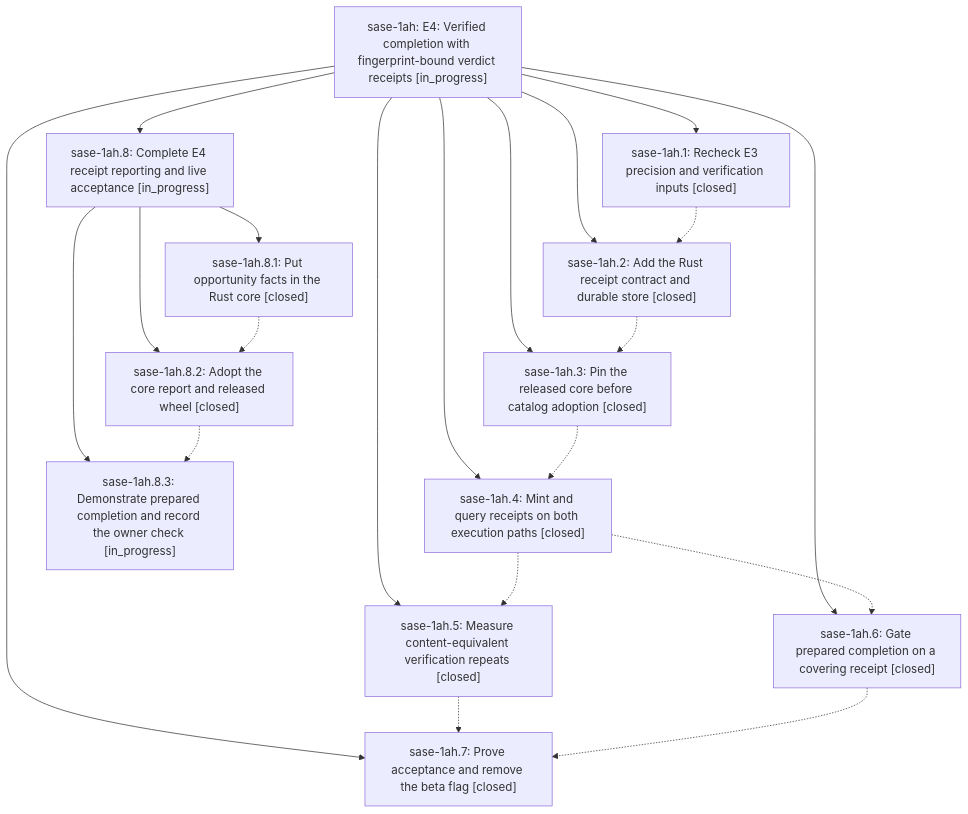
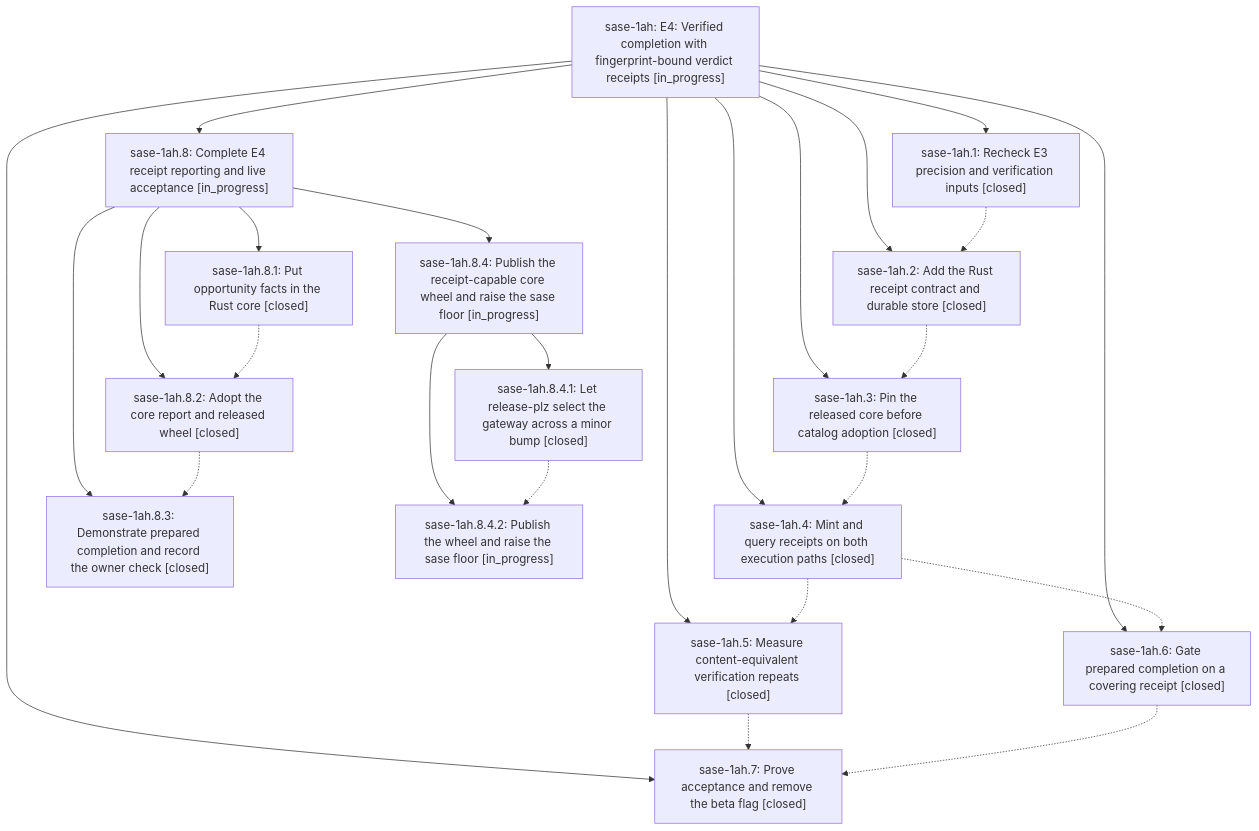
One commit to sase-org/sase--beads changed the diagram in pages/sase-1ah/README.md. Above: the diagram before and after it, drawn with Mermaid. The commit also changed other lines of this file and 7 other files, not shown here.

````diff
--- a/pages/sase-1ah/README.md
+++ b/pages/sase-1ah/README.md
@@ -48,35 +48,42 @@
 ```mermaid
 flowchart TD
     n0["sase-1ah: E4: Verified completion with fingerprint-bound verdict receipts [in_progress]"]
     n1["sase-1ah.1: Recheck E3 precision and verification inputs [closed]"]
     n2["sase-1ah.2: Add the Rust receipt contract and durable store [closed]"]
     n3["sase-1ah.3: Pin the released core before catalog adoption [closed]"]
     n4["sase-1ah.4: Mint and query receipts on both execution paths [closed]"]
     n5["sase-1ah.5: Measure content-equivalent verification repeats [closed]"]
     n6["sase-1ah.6: Gate prepared completion on a covering receipt [closed]"]
     n7["sase-1ah.7: Prove acceptance and remove the beta flag [closed]"]
     n8["sase-1ah.8: Complete E4 receipt reporting and live acceptance [in_progress]"]
     n9["sase-1ah.8.1: Put opportunity facts in the Rust core [closed]"]
     n10["sase-1ah.8.2: Adopt the core report and released wheel [closed]"]
-    n11["sase-1ah.8.3: Demonstrate prepared completion and record the owner check [in_progress]"]
+    n11["sase-1ah.8.3: Demonstrate prepared completion and record the owner check [closed]"]
+    n12["sase-1ah.8.4: Publish the receipt-capable core wheel and raise the sase floor [in_progress]"]
+    n13["sase-1ah.8.4.1: Let release-plz select the gateway across a minor bump [closed]"]
+    n14["sase-1ah.8.4.2: Publish the wheel and raise the sase floor [in_progress]"]
     n0 --> n1
     n0 --> n2
     n0 --> n3
     n0 --> n4
     n0 --> n5
     n0 --> n6
     n0 --> n7
     n0 --> n8
     n8 --> n9
     n8 --> n10
     n8 --> n11
+    n8 --> n12
+    n12 --> n13
+    n12 --> n14
     n1 -.-> n2
     n2 -.-> n3
     n3 -.-> n4
     n4 -.-> n5
     n4 -.-> n6
     n5 -.-> n7
     n6 -.-> n7
     n9 -.-> n10
     n10 -.-> n11
+    n13 -.-> n14
 ```
````
